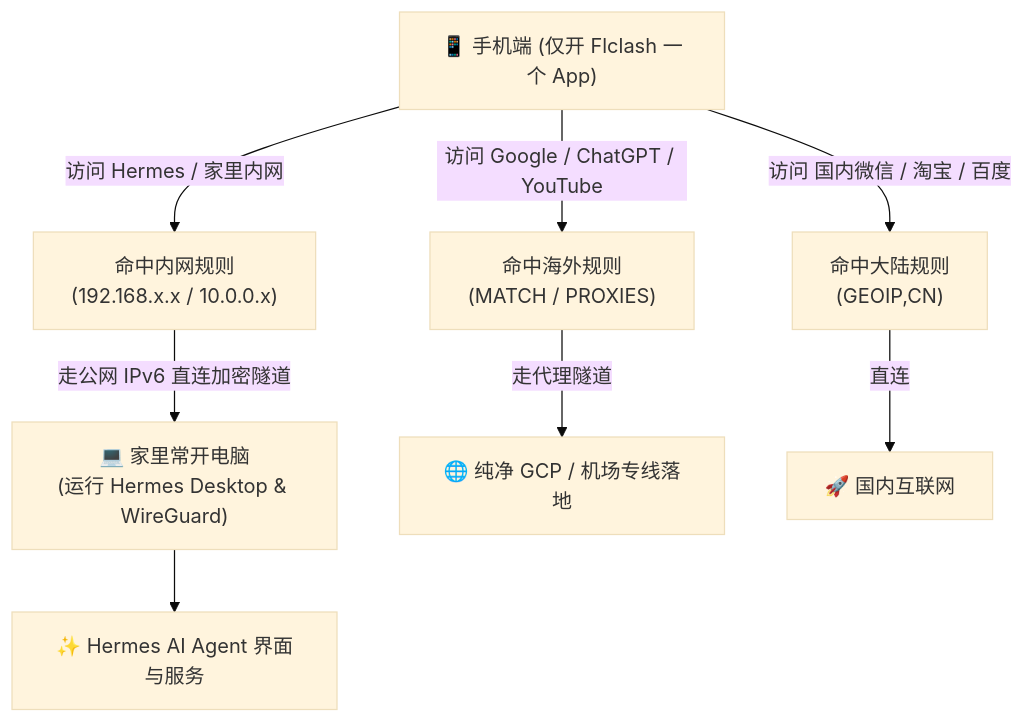
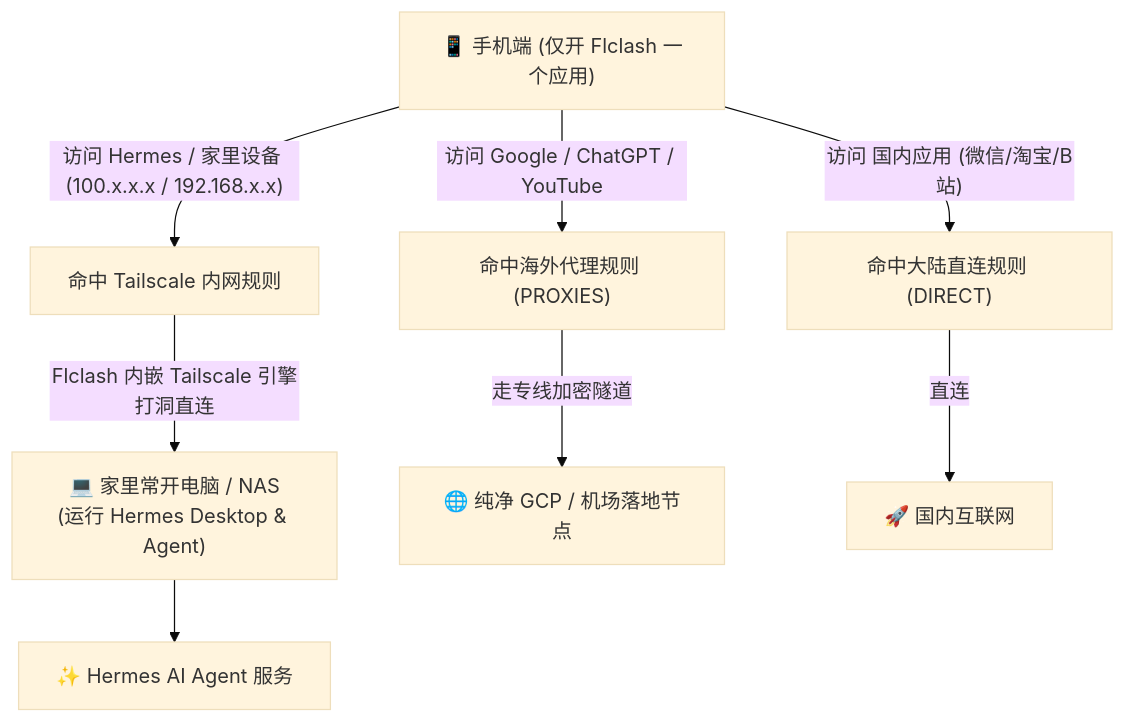
One commit to pierpont-morgan/hermes-clash changed the diagram in README.md. Above: the diagram before and after it, drawn with Mermaid (base theme). The commit also changed other lines of this file, not shown here.

Commit message:
docs: rename Scheme C to self-explanatory 'Flclash 内嵌 Tailscale 单 App 聚合方案'

````diff
--- a/README.md
+++ b/README.md
@@ -12,14 +19,14 @@
 ```mermaid
 flowchart TD
-    Phone["📱 手机端 (仅开 Flclash 一个 App)"]
+    Phone["📱 手机端 (仅开 Flclash 一个应用)"]
     
-    Phone -->|"访问 Hermes / 家里内网"| Rule1["命中内网规则<br/>(192.168.x.x / 10.0.0.x)"]
-    Phone -->|"访问 Google / ChatGPT / YouTube"| Rule2["命中海外规则<br/>(MATCH / PROXIES)"]
-    Phone -->|"访问 国内微信 / 淘宝 / 百度"| Rule3["命中大陆规则<br/>(GEOIP,CN)"]
+    Phone -->|"访问 Hermes / 家里设备 (100.x.x.x / 192.168.x.x)"| Rule1["命中 Tailscale 内网规则"]
+    Phone -->|"访问 Google / ChatGPT / YouTube"| Rule2["命中海外代理规则 (PROXIES)"]
+    Phone -->|"访问 国内应用 (微信/淘宝/B站)"| Rule3["命中大陆直连规则 (DIRECT)"]
     
-    Rule1 -->|"走公网 IPv6 直连加密隧道"| HomePC["💻 家里常开电脑<br/>(运行 Hermes Desktop & WireGuard)"]
-    HomePC --> Hermes["✨ Hermes AI Agent 界面与服务"]
+    Rule1 -->|"Flclash 内嵌 Tailscale 引擎打洞直连"| HomePC["💻 家里常开电脑 / NAS<br/>(运行 Hermes Desktop & Agent)"]
+    HomePC --> Hermes["✨ Hermes AI Agent 服务"]
     
-    Rule2 -->|"走代理隧道"| Foreign["🌐 纯净 GCP / 机场专线落地"]
+    Rule2 -->|"走专线加密隧道"| Foreign["🌐 纯净 GCP / 机场落地节点"]
     Rule3 -->|"直连"| Direct["🚀 国内互联网"]
 ```
````
